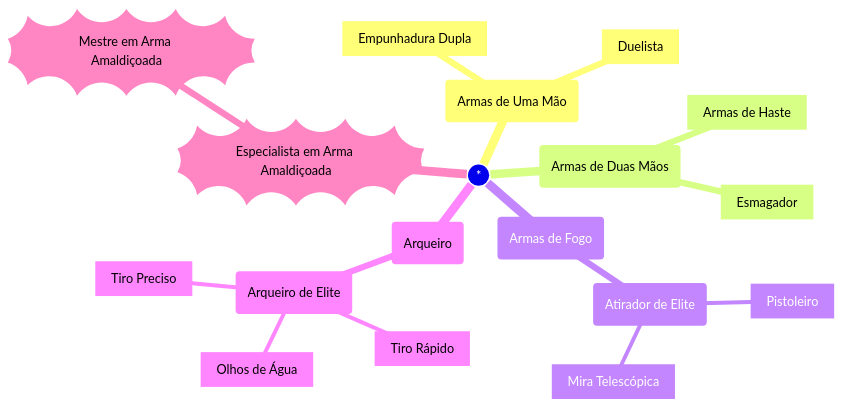
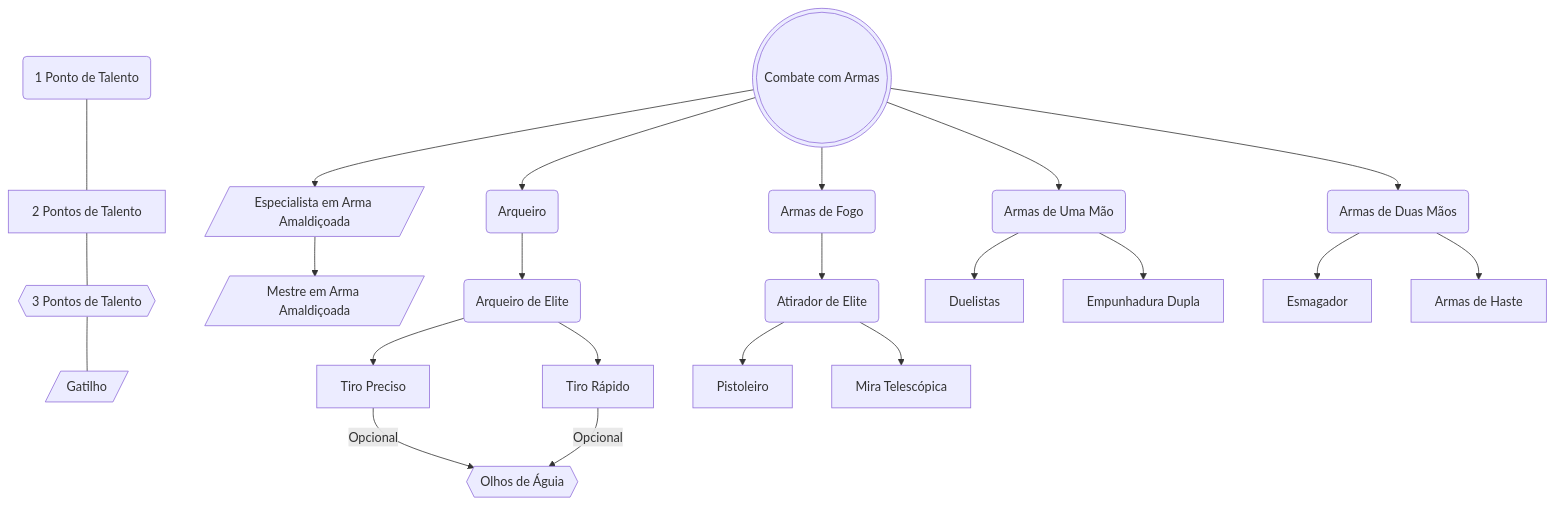
The diagram in content/Talentos/Combate com Armas.md (LuanSilveiraSouza/dnd-5e-jjk-suplement), drawn with Mermaid before and after one commit. The commit also changed 27 other files, not shown here.

````diff
--- a/content/Talentos/Combate com Armas.md
+++ b/content/Talentos/Combate com Armas.md
@@ -2,21 +1,48 @@
 ```mermaid
-mindmap
-((*))
-	(Armas de Uma Mão)
-		[Duelista]
-		[Empunhadura Dupla]
-	(Armas de Duas Mãos)
-		[Esmagador]
-		[Armas de Haste]
-	(Armas de Fogo)
-		(Atirador de Elite)
-			[Pistoleiro]
-			[Mira Telescópica]
-	(Arqueiro)
-		(Arqueiro de Elite)
-			[Tiro Rápido]
-			[Tiro Preciso]
-			[Olhos de Água]
-	))Especialista em Arma Amaldiçoada((
-		))Mestre em Arma Amaldiçoada((
+flowchart TD
+id90(1 Ponto de Talento)
+id91[2 Pontos de Talento]
+id92{{3 Pontos de Talento}}
+id93[/Gatilho/]
+id90 --- id91
+id91 --- id92
+id92 --- id93
+
+id1(((Combate com Armas)))
+id11[/Especialista em Arma Amaldiçoada/]
+id12[/Mestre em Arma Amaldiçoada/]
+id21(Arqueiro)
+id22(Arqueiro de Elite)
+id23[Tiro Preciso]
+id24[Tiro Rápido]
+id25{{Olhos de Águia}}
+id31(Armas de Fogo)
+id32(Atirador de Elite)
+id33[Pistoleiro]
+id34[Mira Telescópica]
+id41(Armas de Uma Mão)
+id42[Duelistas]
+id43[Empunhadura Dupla]
+id51(Armas de Duas Mãos)
+id52[Esmagador]
+id53[Armas de Haste]
+
+id1 --> id11
+id11 --> id12
+id1 --> id21
+id21 --> id22
+id22 --> id23
+id22 --> id24
+id23 -->|Opcional|id25
+id24 -->|Opcional|id25
+id1 --> id31
+id31 --> id32
+id32 --> id33
+id32 --> id34
+id1 --> id41
+id41 --> id42
+id41 --> id43
+id1 --> id51
+id51 --> id52
+id51 --> id53
 ```
````
